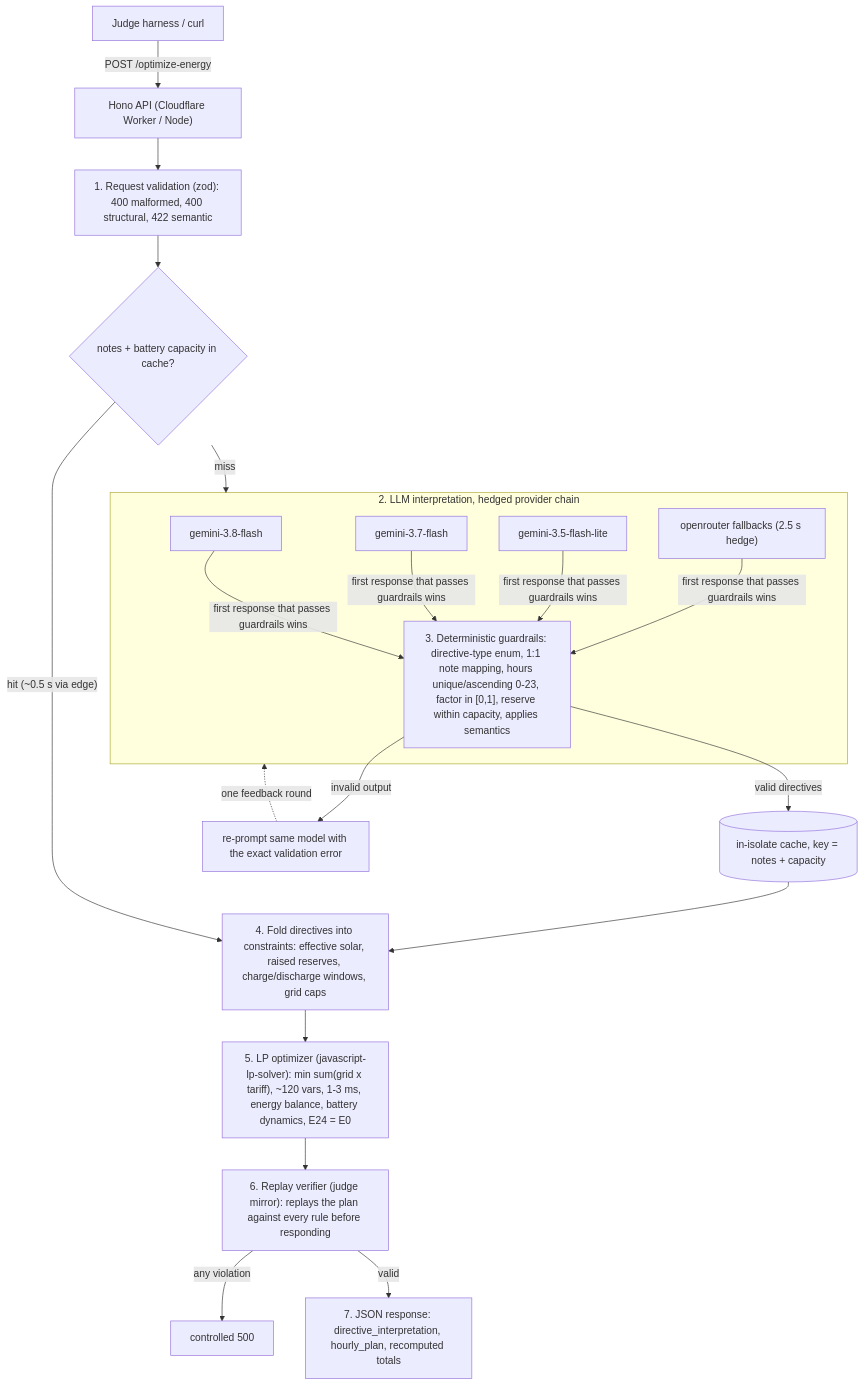
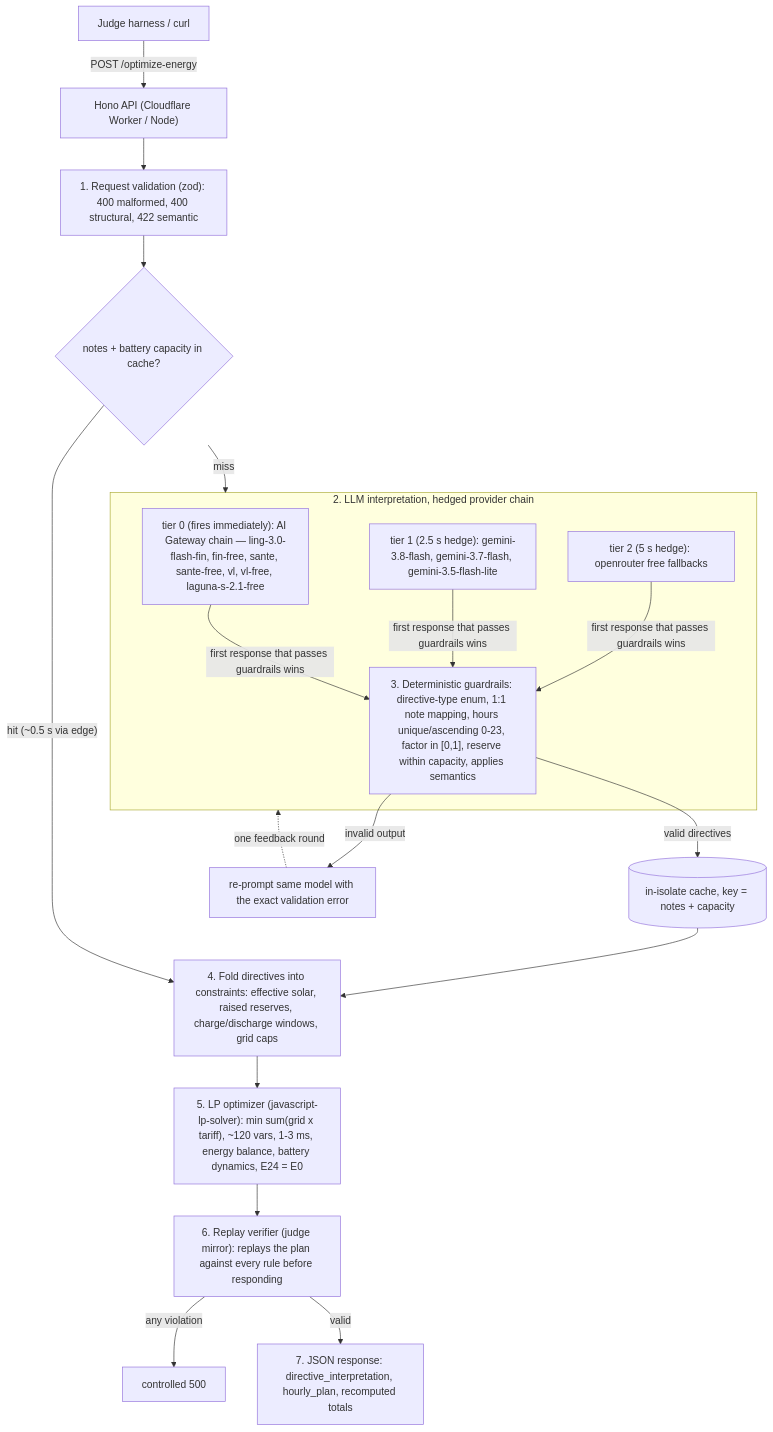
One commit to Seyamalam/BUP_HACKATHON changed the diagram in README.md. Above: the diagram before and after it, drawn with Mermaid. The commit also changed other lines of this file and 5 other files, not shown here.

Commit message:
AI Gateway as primary LLM tier: 7-model chain raced, Gemini and OpenRouter hedged behind; Docker 1.1.0, docs updated

````diff
--- a/README.md
+++ b/README.md
@@ -14,24 +14,23 @@
 ```mermaid
 flowchart TD
     J["Judge harness / curl"] -->|"POST /optimize-energy"| A["Hono API (Cloudflare Worker / Node)"]
     A --> S1["1. Request validation (zod): 400 malformed, 400 structural, 422 semantic"]
     S1 --> Q{"notes + battery capacity in cache?"}
     Q -->|"hit (~0.5 s via edge)"| APPLY
     Q -->|miss| RACE
     subgraph RACE["2. LLM interpretation, hedged provider chain"]
-        M1["gemini-3.8-flash"]
-        M2["gemini-3.7-flash"]
-        M3["gemini-3.5-flash-lite"]
-        M4["openrouter fallbacks (2.5 s hedge)"]
-        M1 & M2 & M3 & M4 -->|"first response that passes guardrails wins"| G
+        T0["tier 0 (fires immediately): AI Gateway chain — ling-3.0-flash-fin, fin-free, sante, sante-free, vl, vl-free, laguna-s-2.1-free"]
+        T1["tier 1 (2.5 s hedge): gemini-3.8-flash, gemini-3.7-flash, gemini-3.5-flash-lite"]
+        T2["tier 2 (5 s hedge): openrouter free fallbacks"]
+        T0 & T1 & T2 -->|"first response that passes guardrails wins"| G
     end
     G["3. Deterministic guardrails: directive-type enum, 1:1 note mapping, hours unique/ascending 0-23, factor in [0,1], reserve within capacity, applies semantics"]
     G -->|"invalid output"| FB["re-prompt same model with the exact validation error"]
     FB -.->|"one feedback round"| RACE
     G -->|"valid directives"| CACHE[("in-isolate cache, key = notes + capacity")]
     CACHE --> APPLY["4. Fold directives into constraints: effective solar, raised reserves, charge/discharge windows, grid caps"]
     APPLY --> LP["5. LP optimizer (javascript-lp-solver): min sum(grid x tariff), ~120 vars, 1-3 ms, energy balance, battery dynamics, E24 = E0"]
     LP --> VER["6. Replay verifier (judge mirror): replays the plan against every rule before responding"]
     VER -->|"any violation"| ERR["controlled 500"]
     VER -->|"valid"| RESP["7. JSON response: directive_interpretation, hourly_plan, recomputed totals"]
 ```
````
